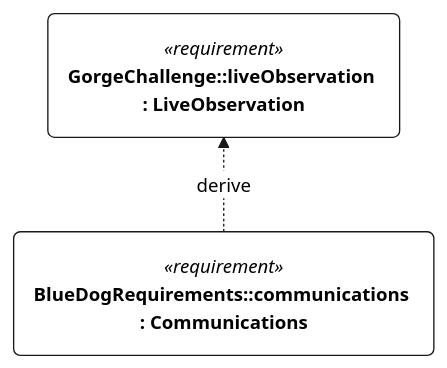
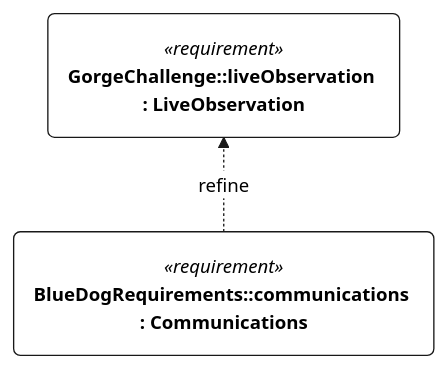
The diagram in docs/figures/requirements-c-005.md (DavidIngraham/sv-blue-dog), drawn with Mermaid before and after one commit. The commit also changed other lines of this file and 130 other files, not shown here.

````diff
--- a/docs/figures/requirements-c-005.md
+++ b/docs/figures/requirements-c-005.md
@@ -15,35 +15,35 @@
 ```mermaid
 ---
 config:
   fontFamily: "Helvetica, Arial, sans-serif"
   theme: base
   themeCSS: ".edgeLabel rect { opacity: 1 !important; } .cluster-label .nodeLabel { text-align: center; }"
   themeVariables:
     fontFamily: "Helvetica, Arial, sans-serif"
     fontSize: "14px"
     primaryColor: "#FFFFFF"
     secondaryColor: "#FFFFFF"
     tertiaryColor: "#FFFFFF"
     background: "#FFFFFF"
     primaryBorderColor: "#181818"
     primaryTextColor: "#000000"
     lineColor: "#181818"
     textColor: "#000000"
     noteBkgColor: "#FEFFDD"
     noteBorderColor: "#181818"
     noteTextColor: "#000000"
     clusterBkg: "#FFFFFF"
     clusterBorder: "#181818"
     edgeLabelBackground: "#FFFFFF"
 ---
 %% BlueDogViews::liveObservation1 — requirement rendering (view def GeneralView, filter @RequirementUsage)
-%% not represented: 219 node(s) without a position, left undrawn, and 416 edge(s) at them
+%% not represented: 125 node(s) without a position, left undrawn, and 183 edge(s) at them
 %% layout: n0 x=0 y=0
 %% layout: n1 x=0 y=200
 flowchart BT
   n0("`*«requirement»*
 **GorgeChallenge::liveObservation : LiveObservation**`")
   n1("`*«requirement»*
 **BlueDogRequirements::communications : Communications**`")
-  n1 -.->|"derive"| n0
+  n1 -.->|"refine"| n0
 ```
````
